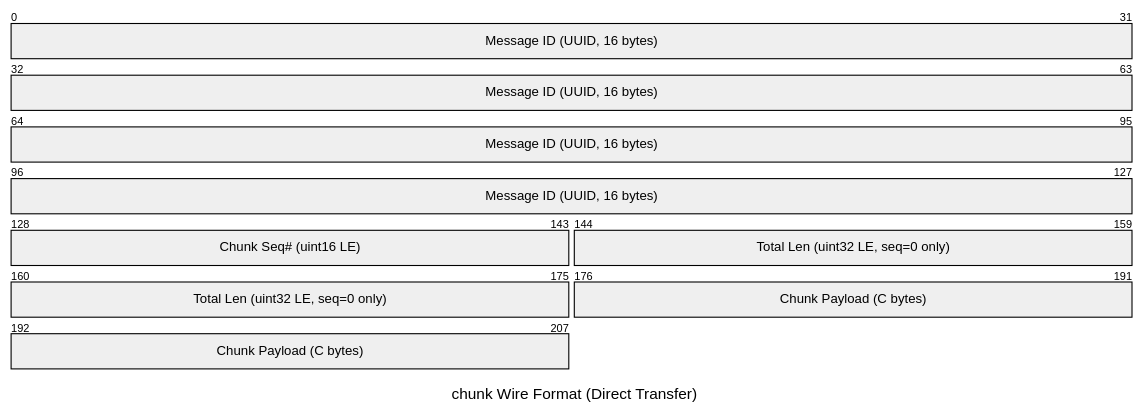
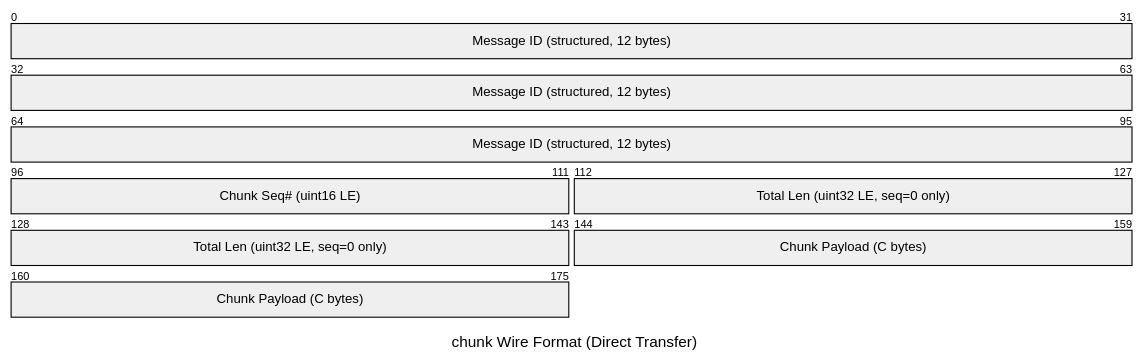
One commit to trancee/MeshLink changed the fourth of 21 diagrams in docs/design.md. Above: the diagram before and after it, drawn with Mermaid (neutral theme). The commit also changed other lines of this file and 11 other files, not shown here.

````diff
--- a/docs/design.md
+++ b/docs/design.md
@@ -425,10 +425,10 @@
 ```mermaid
 ---
 title: "chunk Wire Format (Direct Transfer)"
 ---
 packet-beta
-  0-127: "Message ID (UUID, 16 bytes)"
-  128-143: "Chunk Seq# (uint16 LE)"
-  144-175: "Total Len (uint32 LE, seq=0 only)"
-  176-207: "Chunk Payload (C bytes)"
+  0-95: "Message ID (structured, 12 bytes)"
+  96-111: "Chunk Seq# (uint16 LE)"
+  112-143: "Total Len (uint32 LE, seq=0 only)"
+  144-175: "Chunk Payload (C bytes)"
 ```
````
